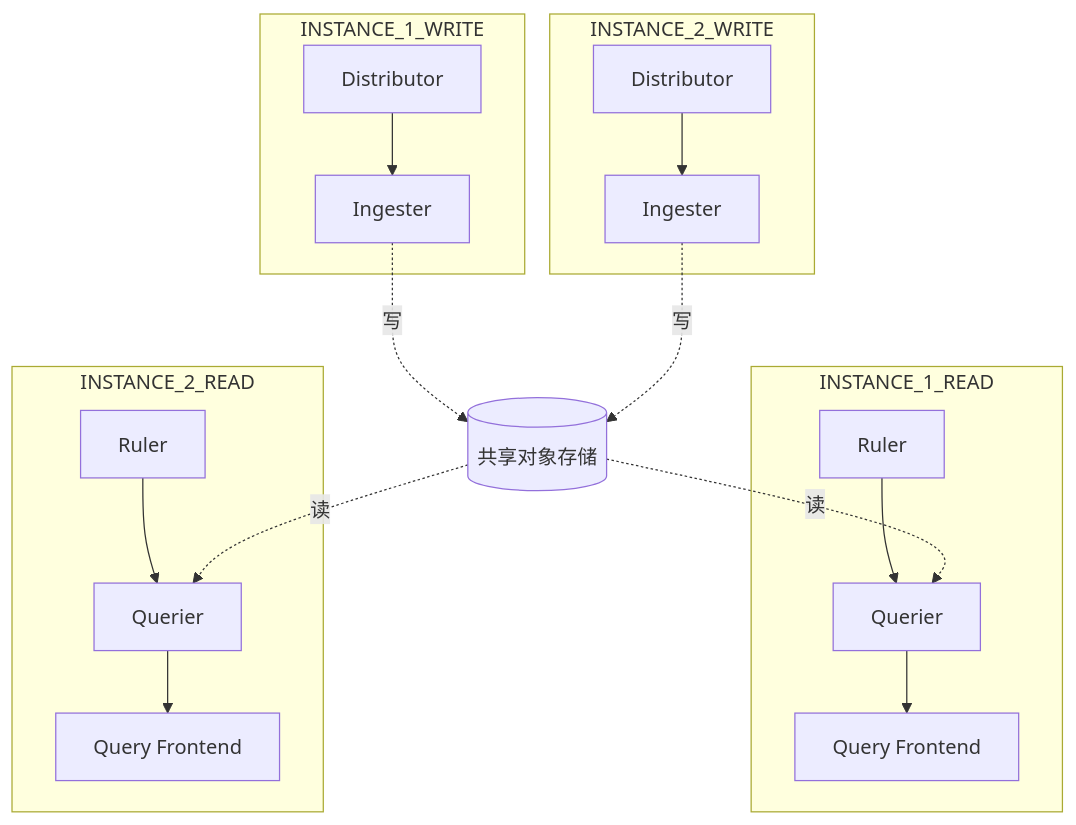
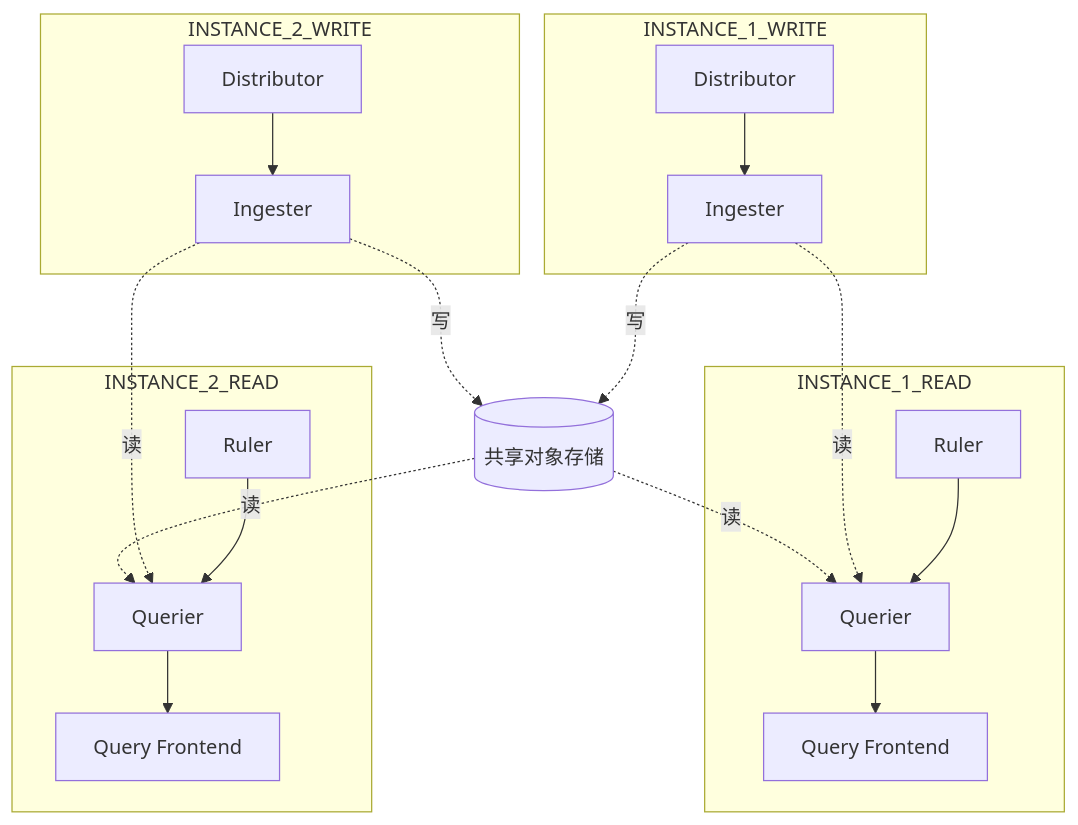
One commit to hugo1840/BlogBackup changed the second of 2 diagrams in CloudNative/Grafana/云原生可观测性之Grafana Loki介绍.md. Above: the diagram before and after it, drawn with Mermaid.

Commit message:
Update 云原生可观测性之Grafana Loki介绍.md

````diff
--- a/CloudNative/Grafana/云原生可观测性之Grafana Loki介绍.md
+++ b/CloudNative/Grafana/云原生可观测性之Grafana Loki介绍.md
@@ -71,35 +71,37 @@
 ```mermaid
 graph TB
   D1[Distributor]
   I1[Ingester]
   D2[Distributor]
   I2[Ingester]
   R1[Ruler]
   Q1[Querier]
   FE1[Query Frontend]
   R2[Ruler]
   Q2[Querier]
   FE2[Query Frontend]
   SOE[(共享对象存储)]
 
   subgraph INSTANCE_1_WRITE
   D1 --> I1
   end
   subgraph INSTANCE_2_WRITE
   D2 --> I2
   end
 
   subgraph INSTANCE_1_READ
   R1 --> Q1
   Q1 --> FE1
   end
   subgraph INSTANCE_2_READ
   R2 --> Q2
   Q2 --> FE2
   end
 
 I1 -.写.-> SOE
 I2 -.写.-> SOE
+I1 -.读.-> Q1
+I2 -.读.-> Q2
 SOE -.读.-> Q1
 SOE -.读.-> Q2
 ```
````
